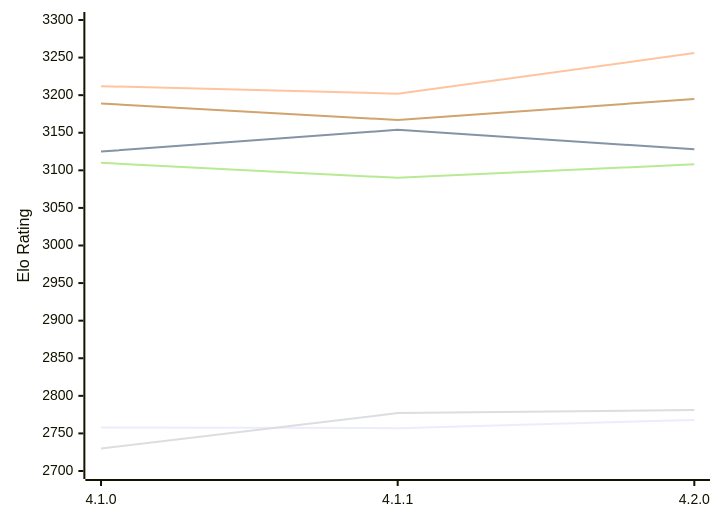
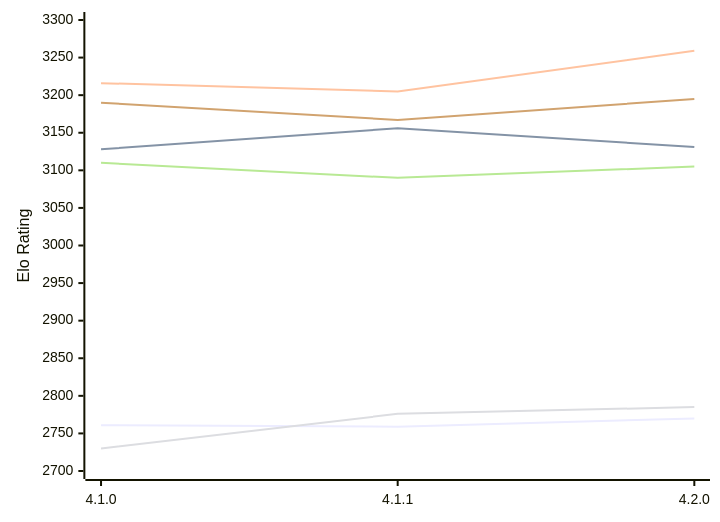
One commit to computer-chess-index/cci changed the diagram in engines/LunaChessEngine.md. Above: the diagram before and after it, drawn with Mermaid. The commit also changed other lines of this file, not shown here.

Commit message:
Update CCI Ratings (ELO VLTC) - 2026-11-22

````diff
--- a/engines/LunaChessEngine.md
+++ b/engines/LunaChessEngine.md
@@ -51,12 +51,12 @@
 ```mermaid
 %%{init: {"theme":"base","themeVariables":{"seriesColors:['#a3a3a3','#222221','#faa371']}}}%%
 xychart-beta
   x-axis ["4.1.0", "4.1.1", "4.2.0"]
   y-axis "Elo Rating" 2700 --> 3300
-  line "E1: STC (8.0+0.08s)" [2758, 2757, 2768]
-  line "E1: LTC (60.0+0.60s)" [3125, 3154, 3128]
-  line "E1: VLTC (2m24s+1.12s)" [3212, 3202, 3256]
-  line "P1: STC (8.0+0.08s)" [2730, 2777, 2781]
-  line "P1: LTC (60.0+0.60s)" [3110, 3090, 3108]
-  line "P1: VLTC (2m24s+1.12s)" [3189, 3167, 3195]
+  line "E1: STC (8.0+0.08s)" [2761, 2759, 2770]
+  line "E1: LTC (60.0+0.60s)" [3128, 3156, 3131]
+  line "E1: VLTC (2m24s+1.12s)" [3216, 3205, 3259]
+  line "P1: STC (8.0+0.08s)" [2730, 2776, 2785]
+  line "P1: LTC (60.0+0.60s)" [3110, 3090, 3105]
+  line "P1: VLTC (2m24s+1.12s)" [3190, 3167, 3195]
 ```
````
